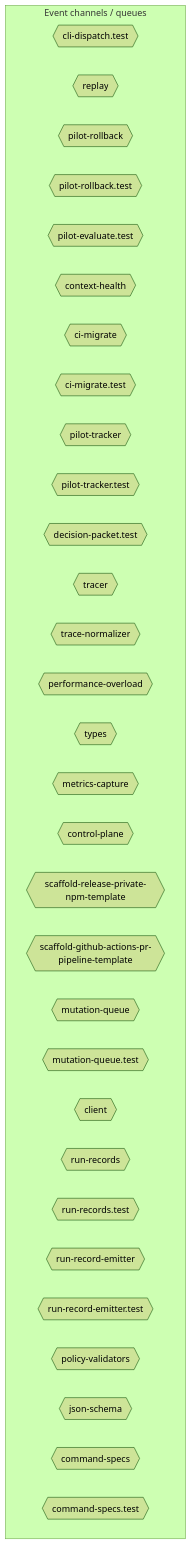
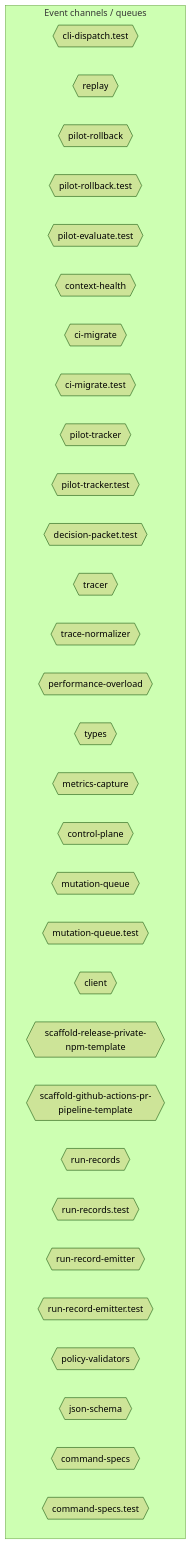
One commit to jscraik/coding-harness changed the sixth of 10 diagrams in AI/context/diagram-context.md. Above: the diagram before and after it, drawn with Mermaid (forest theme). The commit also changed other lines of this file and 4 other files, not shown here.

````diff
--- a/AI/context/diagram-context.md
+++ b/AI/context/diagram-context.md
@@ -2071,37 +2074,37 @@
 ```mermaid
 flowchart TD
   subgraph Channels["Event channels / queues"]
     cli_dispatch_test_54c9f17b{{"cli-dispatch.test"}}
     replay_ac203c98{{"replay"}}
     pilot_rollback_00c1f82c{{"pilot-rollback"}}
     pilot_rollback_test_e61d5a2b{{"pilot-rollback.test"}}
     pilot_evaluate_test_a2ac06fc{{"pilot-evaluate.test"}}
     context_health_80bb7da9{{"context-health"}}
     ci_migrate_78bb70b1{{"ci-migrate"}}
     ci_migrate_test_2a015bb9{{"ci-migrate.test"}}
     pilot_tracker_5c767813{{"pilot-tracker"}}
     pilot_tracker_test_80398a66{{"pilot-tracker.test"}}
     decision_packet_test_9ea0e97b{{"decision-packet.test"}}
     tracer_1e6243a2{{"tracer"}}
     trace_normalizer_cb1be1d2{{"trace-normalizer"}}
     performance_overload_c685bfcf{{"performance-overload"}}
     types_10_75e5a4a0{{"types"}}
     metrics_capture_1d1a2c08{{"metrics-capture"}}
     control_plane_96826665{{"control-plane"}}
-    scaffold_release_private_npm_template_075499f8{{"scaffold-release-private-npm-template"}}
-    scaffold_github_actions_pr_pipeline_template_e2b85f62{{"scaffold-github-actions-pr-pipeline-template"}}
     mutation_queue_ce5a530e{{"mutation-queue"}}
     mutation_queue_test_10b599e8{{"mutation-queue.test"}}
     client_1_914e1681{{"client"}}
+    scaffold_release_private_npm_template_075499f8{{"scaffold-release-private-npm-template"}}
+    scaffold_github_actions_pr_pipeline_template_e2b85f62{{"scaffold-github-actions-pr-pipeline-template"}}
     run_records_f616aa7c{{"run-records"}}
     run_records_test_3ee6a0e3{{"run-records.test"}}
     run_record_emitter_00168a3a{{"run-record-emitter"}}
     run_record_emitter_test_5475c0da{{"run-record-emitter.test"}}
     policy_validators_6682e192{{"policy-validators"}}
     json_schema_74a768d7{{"json-schema"}}
     command_specs_69167c63{{"command-specs"}}
     command_specs_test_7f693e85{{"command-specs.test"}}
   end
   classDef eventNode fill:#db2777,color:#fff
 
 ```
````
